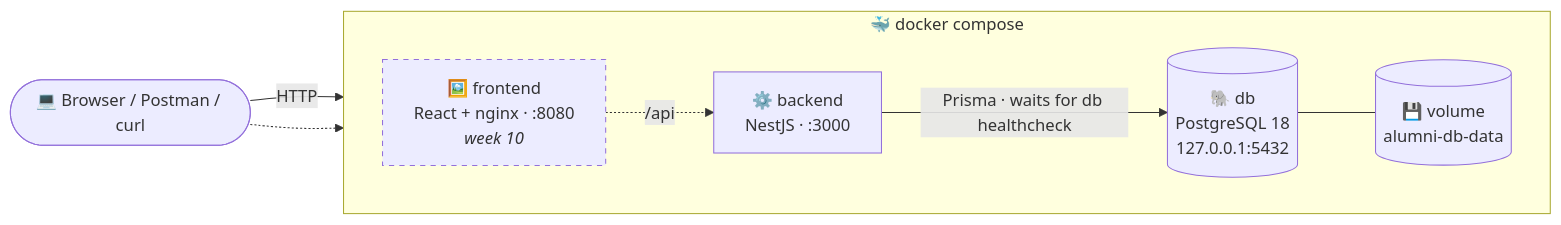
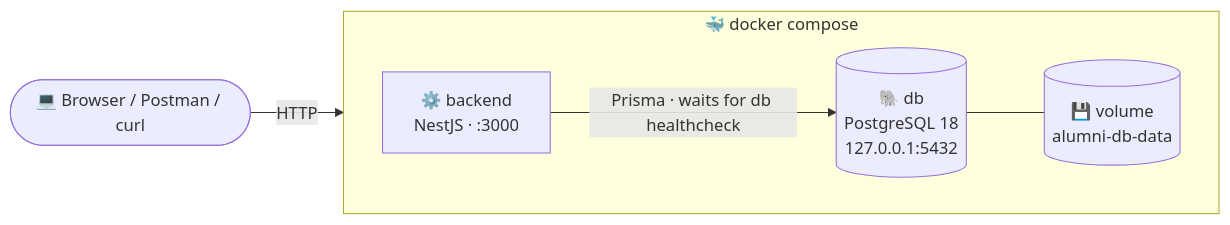
The third of 13 diagrams in README.md (gulnihalarikaymak/alumni), drawn with Mermaid before and after one commit. The commit also changed other lines of this file and 73 other files, not shown here.

Commit message:
refactor(frontend): replace Handlebars workspace with API-backed pages

````diff
--- a/README.md
+++ b/README.md
@@ -123,21 +123,15 @@
 ```mermaid
 flowchart LR
     U(["💻 Browser / Postman / curl"])
 
     subgraph DC["🐳 docker compose"]
         direction LR
         BE["⚙️ backend<br/>NestJS · :3000"]
         DB[("🐘 db<br/>PostgreSQL 18<br/>127.0.0.1:5432")]
-        FE["🖼️ frontend<br/>React + nginx · :8080<br/><i>week 10</i>"]
         VOL[("💾 volume<br/>alumni-db-data")]
     end
 
     U -->|"HTTP"| BE
     BE -->|"Prisma · waits for db healthcheck"| DB
     DB --- VOL
-    U -.-> FE
-    FE -.->|"/api"| BE
-
-    classDef planned stroke-dasharray: 5 5
-    class FE planned
 ```
````
